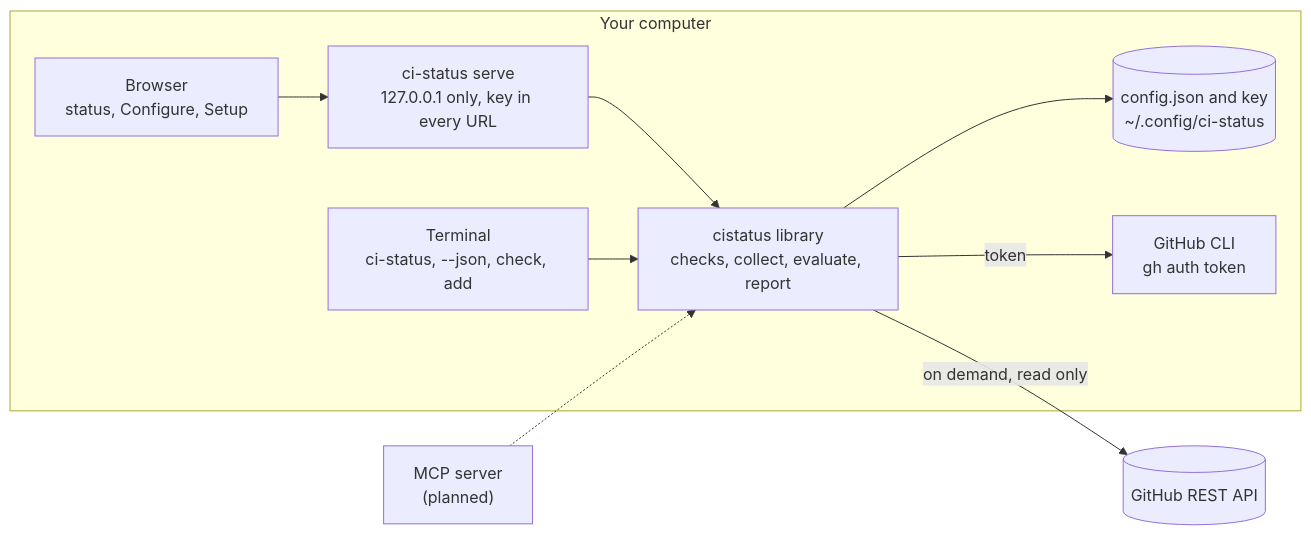
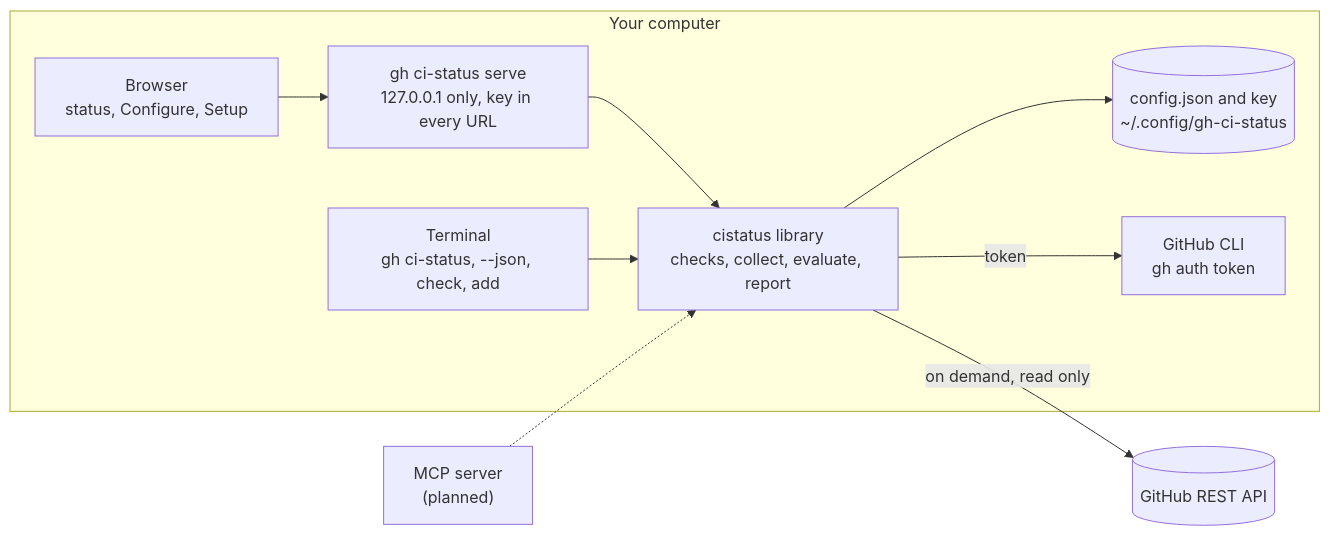
The diagram in README.md (edespino/gh-ci-status), drawn with Mermaid before and after one commit. The commit also changed other lines of this file and 38 other files, not shown here.

````diff
--- a/README.md
+++ b/README.md
@@ -115,21 +110,21 @@
 ```mermaid
 flowchart LR
     subgraph computer["Your computer"]
         browser["Browser<br/>status, Configure, Setup"]
-        terminal["Terminal<br/>ci-status, --json, check, add"]
-        serve["ci-status serve<br/>127.0.0.1 only, key in every URL"]
+        terminal["Terminal<br/>gh ci-status, --json, check, add"]
+        serve["gh ci-status serve<br/>127.0.0.1 only, key in every URL"]
         lib["cistatus library<br/>checks, collect, evaluate, report"]
-        files[("config.json and key<br/>~/.config/ci-status")]
+        files[("config.json and key<br/>~/.config/gh-ci-status")]
         gh["GitHub CLI<br/>gh auth token"]
     end
     api[("GitHub REST API")]
     mcp["MCP server<br/>(planned)"]
 
     browser --> serve
     serve --> lib
     terminal --> lib
     mcp -.-> lib
     lib --> files
     lib -->|token| gh
     lib -->|"on demand, read only"| api
 ```
````
